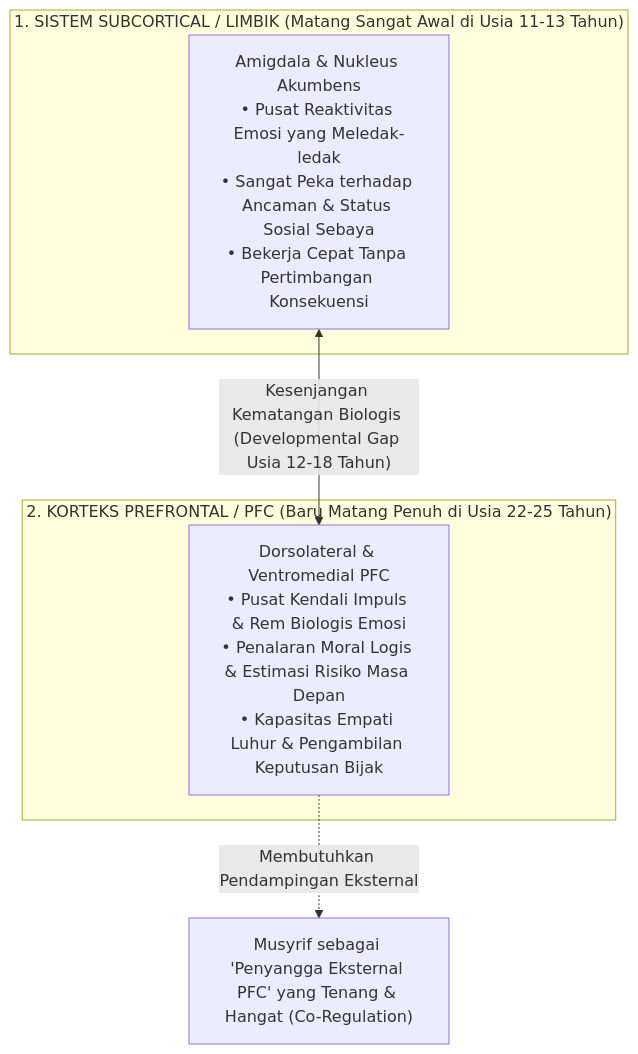
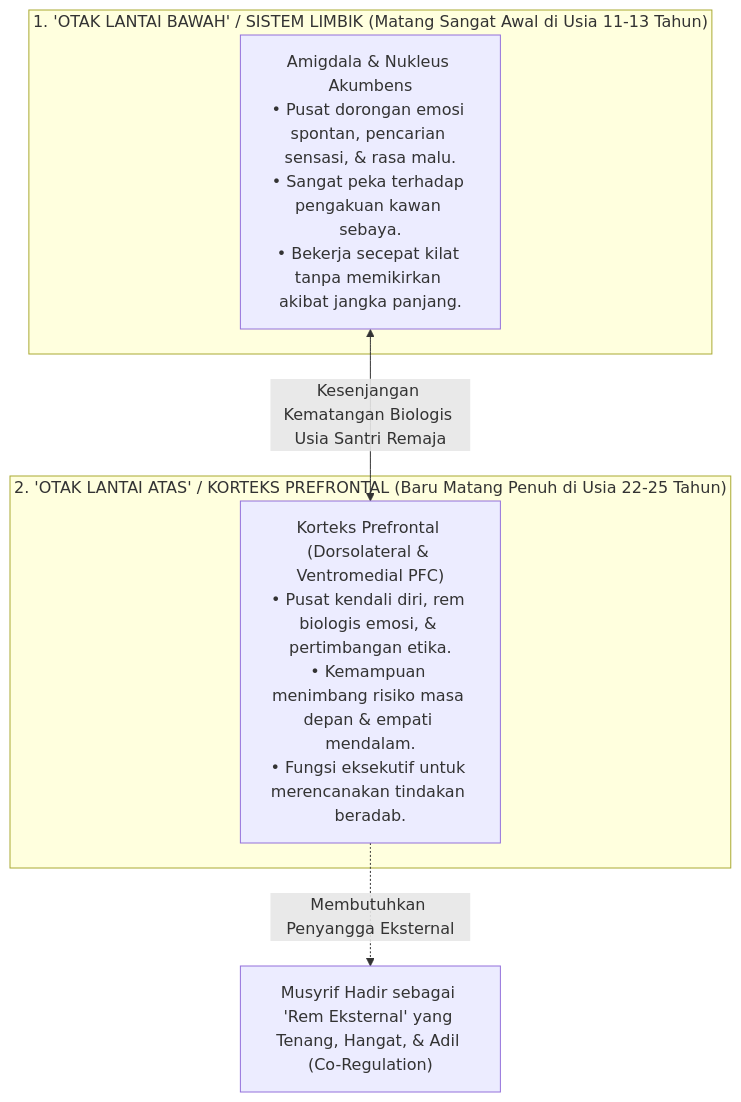
One commit to wandiapriliyandi/tumbuh changed the second of 5 diagrams in BOOK-SERIES/Volume-01/Bab-01-Krisis-Karakter-dan-Urgensi-Rekonstruksi/03-Dampak-Neurobiologis-Trauma-dan-Kelumpuhan-PFC.md. Above: the diagram before and after it, drawn with Mermaid. The commit also changed other lines of this file and 1 other file, not shown here.

Commit message:
docs(bab-1.3 & 1.4): perjelas secara mendalam neurosains polivagal, kritik overjustification behaviorisme, dan motivasi muraqabah TUMBUH

````diff
--- a/BOOK-SERIES/Volume-01/Bab-01-Krisis-Karakter-dan-Urgensi-Rekonstruksi/03-Dampak-Neurobiologis-Trauma-dan-Kelumpuhan-PFC.md
+++ b/BOOK-SERIES/Volume-01/Bab-01-Krisis-Karakter-dan-Urgensi-Rekonstruksi/03-Dampak-Neurobiologis-Trauma-dan-Kelumpuhan-PFC.md
@@ -42,13 +44,13 @@
 ```mermaid
 graph TD
-    subgraph SistemLimbik["1. SISTEM SUBCORTICAL / LIMBIK (Matang Sangat Awal di Usia 11-13 Tahun)"]
-        Amigdala["Amigdala & Nukleus Akumbens<br/>• Pusat Reaktivitas Emosi yang Meledak-ledak<br/>• Sangat Peka terhadap Ancaman & Status Sosial Sebaya<br/>• Bekerja Cepat Tanpa Pertimbangan Konsekuensi"]
+    subgraph MesinEmosi["1. 'OTAK LANTAI BAWAH' / SISTEM LIMBIK (Matang Sangat Awal di Usia 11-13 Tahun)"]
+        Amigdala["Amigdala & Nukleus Akumbens<br/>• Pusat dorongan emosi spontan, pencarian sensasi, & rasa malu.<br/>• Sangat peka terhadap pengakuan kawan sebaya.<br/>• Bekerja secepat kilat tanpa memikirkan akibat jangka panjang."]
     end
     
-    subgraph KorteksPrefrontal["2. KORTEKS PREFRONTAL / PFC (Baru Matang Penuh di Usia 22-25 Tahun)"]
-        PFC["Dorsolateral & Ventromedial PFC<br/>• Pusat Kendali Impuls & Rem Biologis Emosi<br/>• Penalaran Moral Logis & Estimasi Risiko Masa Depan<br/>• Kapasitas Empati Luhur & Pengambilan Keputusan Bijak"]
+    subgraph MesinNalar["2. 'OTAK LANTAI ATAS' / KORTEKS PREFRONTAL (Baru Matang Penuh di Usia 22-25 Tahun)"]
+        PFC["Korteks Prefrontal (Dorsolateral & Ventromedial PFC)<br/>• Pusat kendali diri, rem biologis emosi, & pertimbangan etika.<br/>• Kemampuan menimbang risiko masa depan & empati mendalam.<br/>• Fungsi eksekutif untuk merencanakan tindakan beradab."]
     end
     
-    Amigdala <-->|"Kesenjangan Kematangan Biologis (Developmental Gap Usia 12-18 Tahun)"| PFC
-    PFC -.->|"Membutuhkan Pendampingan Eksternal"| Musyrif["Musyrif sebagai 'Penyangga Eksternal PFC' yang Tenang & Hangat (Co-Regulation)"]
+    Amigdala <-->|"Kesenjangan Kematangan Biologis Usia Santri Remaja"| PFC
+    PFC -.->|"Membutuhkan Penyangga Eksternal"| Musyrif["Musyrif Hadir sebagai 'Rem Eksternal' yang Tenang, Hangat, & Adil (Co-Regulation)"]
 ```
````
